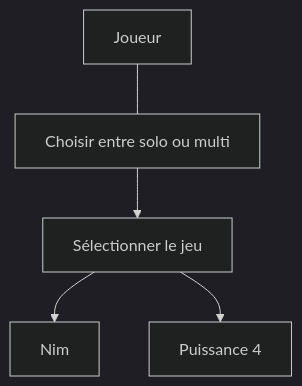
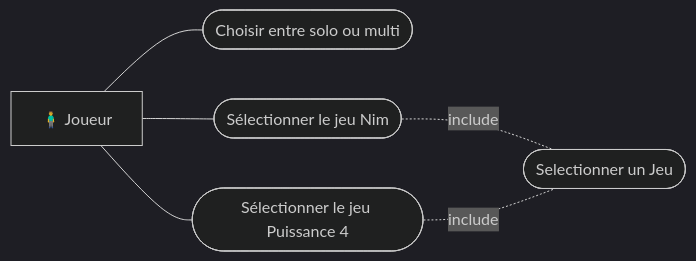
One commit to Kaawan-d20/CDA changed the diagram in Document/scenario.md. Above: the diagram before and after it, drawn with Mermaid (dark theme). The commit also changed other lines of this file, not shown here.

Commit message:
ajouté UC Selectionner jeu & modifié Diagramme de cas d'utilisation

````diff
--- a/Document/scenario.md
+++ b/Document/scenario.md
@@ -3,7 +3,9 @@
-```mermaid
-graph
-    Joueur --- solo[Choisir entre solo ou multi]
-    solo --> Jeu[Sélectionner le jeu]
-    Jeu --> Nim
-    Jeu --> puissance[Puissance 4]
+```Mermaid
+graph LR
+    Joueur[🧍‍♂️ Joueur] --- Solo([Choisir entre solo ou multi])
+    Joueur --- Nim([Sélectionner le jeu Nim])
+    Joueur --- Puissance([Sélectionner le jeu Puissance 4])
+    Nim -. include .- Selectionner([Selectionner un Jeu])
+    Puissance -. include .- Selectionner
+
 ```
````
